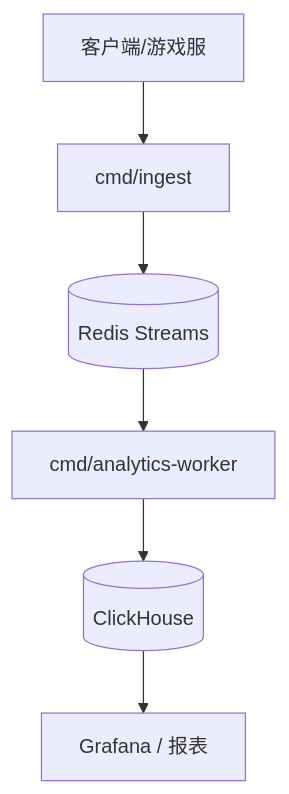
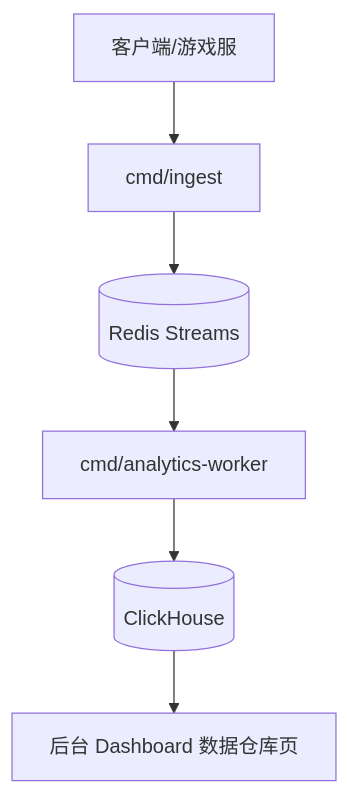
One commit to cuihairu/croupier changed the second of 2 diagrams in docs/analytics/index.md. Above: the diagram before and after it, drawn with Mermaid. The commit also changed other lines of this file and 17 other files, not shown here.

First line of the commit message:
feat(analytics): P2 出口落地（T16-T20）——warehouse 三端点 + 数据仓库页 + 删 Grafana 骨架 + 文档

````diff
--- a/docs/analytics/index.md
+++ b/docs/analytics/index.md
@@ -37,8 +68,8 @@
 ```mermaid
 graph TB
     Client[客户端/游戏服] --> Ingest[cmd/ingest]
     Ingest --> Redis[(Redis Streams)]
     Redis --> Worker[cmd/analytics-worker]
     Worker --> CH[(ClickHouse)]
-    CH --> Dashboard[Grafana / 报表]
+    CH --> Dashboard[后台 Dashboard 数据仓库页]
 ```
````
